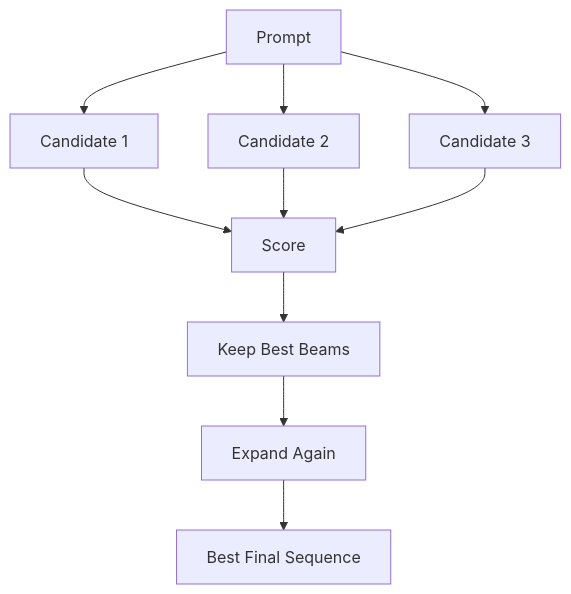
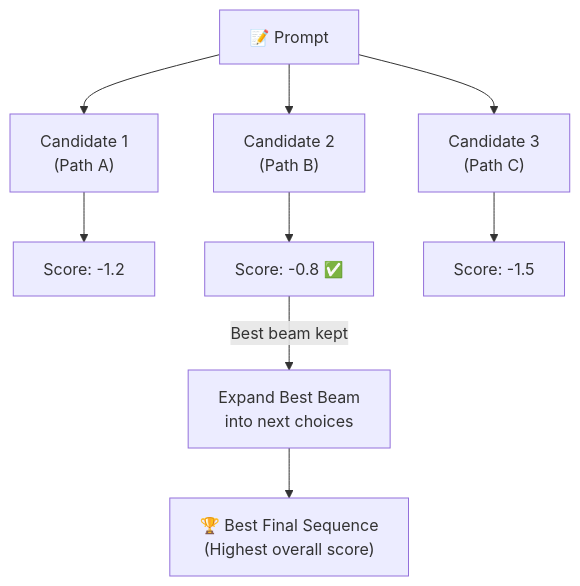
Diagram 18 of 24 in docs/susagpt/SusaGPT_Diagram_Guide.md (Sameer-Malik20/SusaGPT-Build-LLM-From-Scratch-With-Hinglish-Learning-Material), drawn with Mermaid before and after one commit. The commit also changed other lines of this file and 10 other files, not shown here.

````diff
--- a/docs/susagpt/SusaGPT_Diagram_Guide.md
+++ b/docs/susagpt/SusaGPT_Diagram_Guide.md
@@ -433,12 +868,13 @@
 ```mermaid
 flowchart TD
-    A[Prompt] --> B[Candidate 1]
-    A --> C[Candidate 2]
-    A --> D[Candidate 3]
-    B --> E[Score]
-    C --> E
-    D --> E
-    E --> F[Keep Best Beams]
-    F --> G[Expand Again]
-    G --> H[Best Final Sequence]
+    P["📝 Prompt"] --> B1["Candidate 1\n(Path A)"]
+    P --> B2["Candidate 2\n(Path B)"]
+    P --> B3["Candidate 3\n(Path C)"]
+
+    B1 --> E1["Score: -1.2"]
+    B2 --> E2["Score: -0.8 ✅"]
+    B3 --> E3["Score: -1.5"]
+
+    E2 -->|"Best beam kept"| NEXT["Expand Best Beam\ninto next choices"]
+    NEXT --> FINAL["🏆 Best Final Sequence\n(Highest overall score)"]
 ```
````
